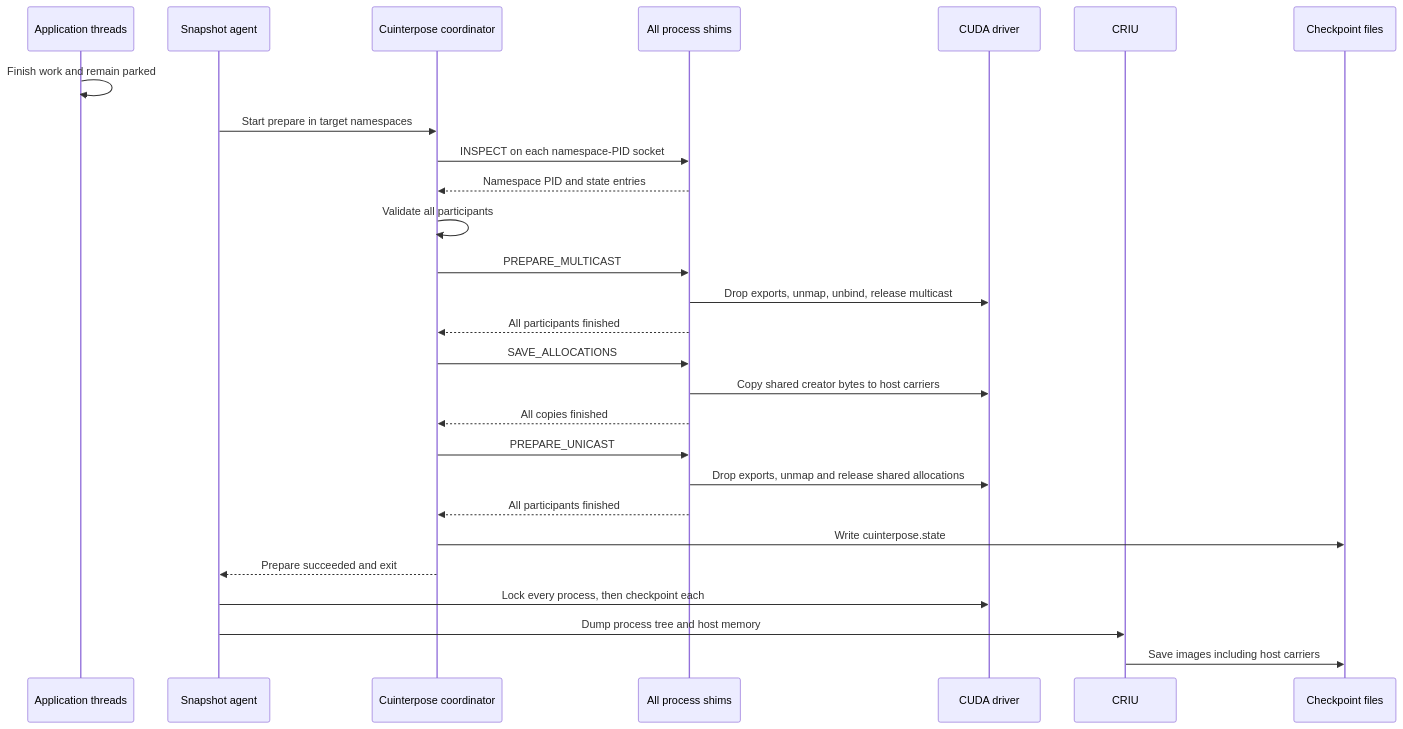
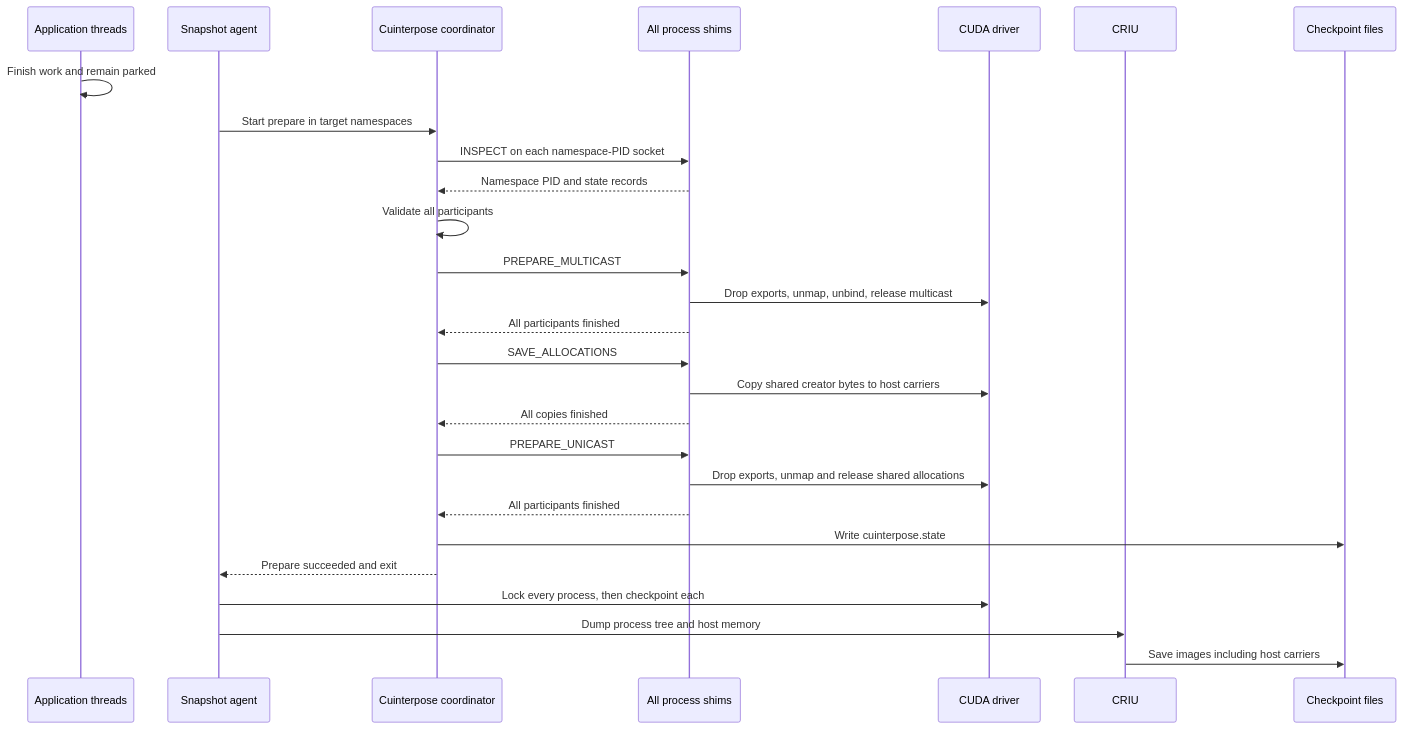
The fourth of 5 diagrams in docs/development/cuinterpose.md (ai-dynamo/snapshot), drawn with Mermaid before and after one commit. The commit also changed other lines of this file, not shown here.

````diff
--- a/docs/development/cuinterpose.md
+++ b/docs/development/cuinterpose.md
@@ -343,29 +359,29 @@
 ```mermaid
 sequenceDiagram
     participant App as Application threads
     participant Agent as Snapshot agent
     participant Coord as Cuinterpose coordinator
     participant Shims as All process shims
     participant CUDA as CUDA driver
     participant CRIU as CRIU
     participant Files as Checkpoint files
     App->>App: Finish work and remain parked
     Agent->>Coord: Start prepare in target namespaces
     Coord->>Shims: INSPECT on each namespace-PID socket
-    Shims-->>Coord: Namespace PID and state entries
+    Shims-->>Coord: Namespace PID and state records
     Coord->>Coord: Validate all participants
     Coord->>Shims: PREPARE_MULTICAST
     Shims->>CUDA: Drop exports, unmap, unbind, release multicast
     Shims-->>Coord: All participants finished
     Coord->>Shims: SAVE_ALLOCATIONS
     Shims->>CUDA: Copy shared creator bytes to host carriers
     Shims-->>Coord: All copies finished
     Coord->>Shims: PREPARE_UNICAST
     Shims->>CUDA: Drop exports, unmap and release shared allocations
     Shims-->>Coord: All participants finished
     Coord->>Files: Write cuinterpose.state
     Coord-->>Agent: Prepare succeeded and exit
     Agent->>CUDA: Lock every process, then checkpoint each
     Agent->>CRIU: Dump process tree and host memory
     CRIU->>Files: Save images including host carriers
 ```
````
